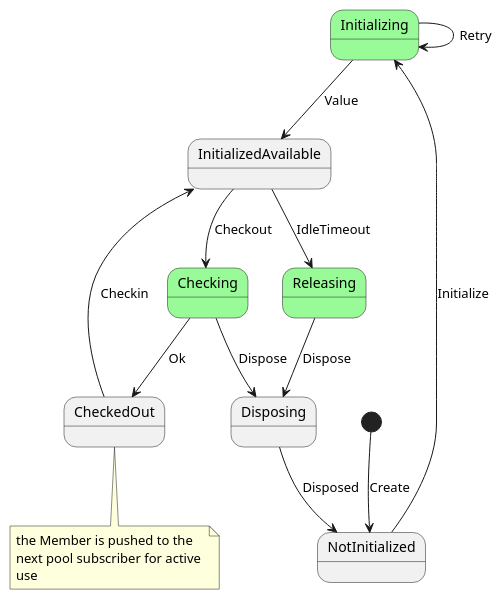
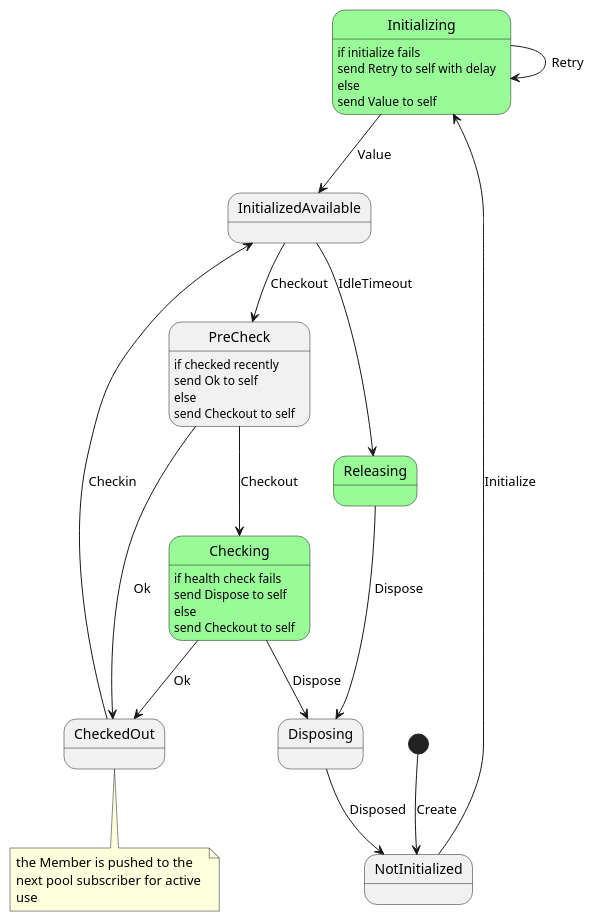
Before and after one commit to davidmoten/rxjava3-pool: the diagram in src/main/plantuml/Member-state-diagram.puml, drawn with PlantUML. The commit also changed 1 other file, not shown here.

Commit message:
update diagram

```diff
--- a/src/main/plantuml/Member-state-diagram.puml
+++ b/src/main/plantuml/Member-state-diagram.puml
@@ -1,28 +1,45 @@
 @startuml
 
 state Initializing #palegreen {
 }
 state Checking #palegreen {
 }
 state Releasing #palegreen {
 }
 
 [*] --> NotInitialized: Create
 NotInitialized --> Initializing: Initialize
 Initializing --> InitializedAvailable: Value
 Initializing --> Initializing: Retry
-InitializedAvailable --> Checking: Checkout
+InitializedAvailable --> PreCheck: Checkout 
+PreCheck --> Checking: Checkout
 Checking --> Disposing: Dispose
 Checking --> CheckedOut: Ok
 InitializedAvailable --> Releasing: IdleTimeout
 Releasing --> Disposing: Dispose 
 Disposing --> NotInitialized: Disposed
 CheckedOut --> InitializedAvailable: Checkin
+PreCheck --> CheckedOut: Ok
+
+Initializing: if initialize fails
+Initializing: send Retry to self with delay
+Initializing: else 
+Initializing: send Value to self
+
+PreCheck: if checked recently
+PreCheck: send Ok to self
+PreCheck: else 
+PreCheck: send Checkout to self
+
+Checking: if health check fails
+Checking: send Dispose to self
+Checking: else
+Checking: send Checkout to self
 
 note bottom of CheckedOut
   the Member is pushed to the 
   next pool subscriber for active 
   use
 end note
 
 @enduml
```
